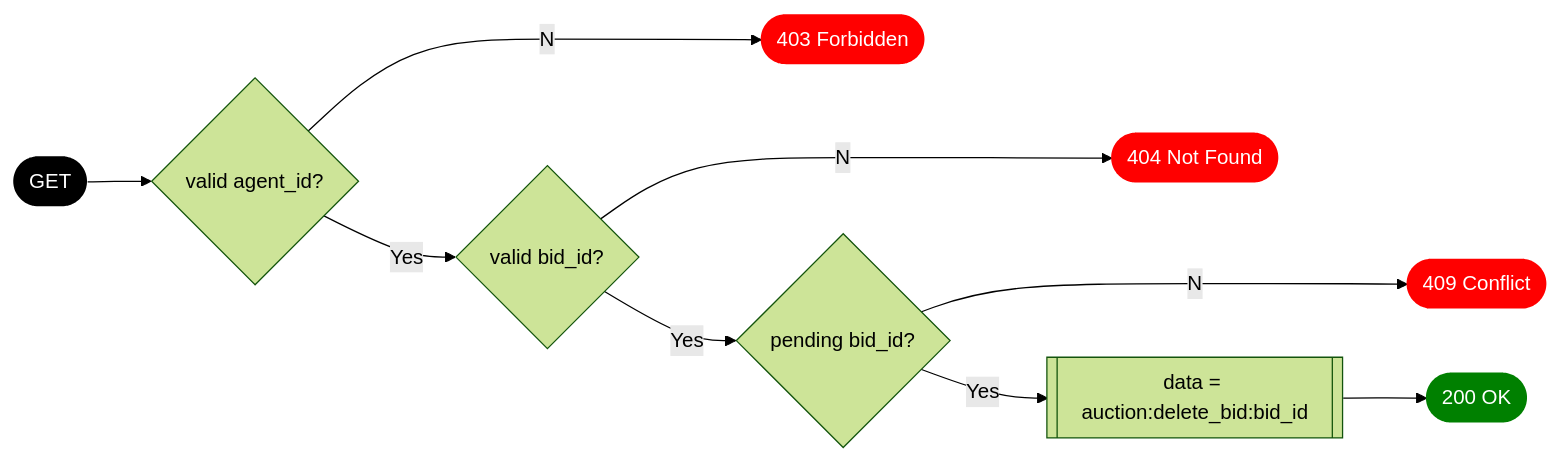
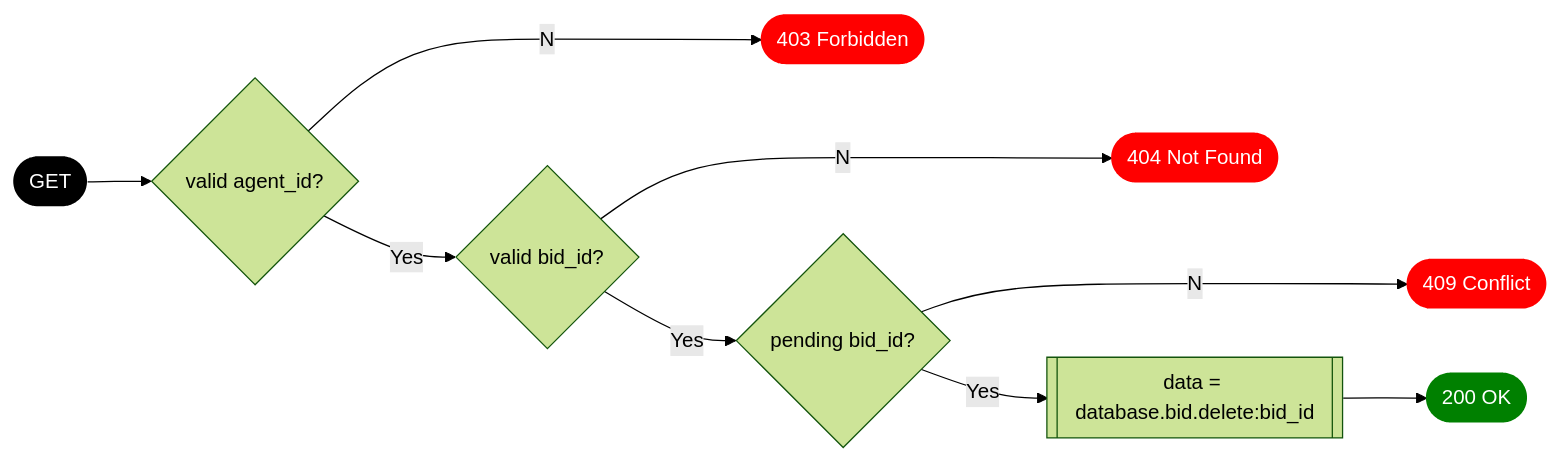
Before and after one commit to aivanova5/design: the fifth of 7 diagrams in docs/auction.md, drawn with Mermaid (forest theme). The commit also changed other lines of this file, not shown here.

````diff
--- a/docs/auction.md
+++ b/docs/auction.md
@@ -365,15 +367,15 @@
 ```mermaid
 graph LR
   classDef start stroke-width:0px,fill:black,color:white
   classDef success fill:green,stroke-width:0px,color:white
   classDef error fill:red,stroke-width:0px,color:white
   
   enter([GET]):::start --> agent_ok{valid agent_id?}
   agent_ok --No--> code403([403 Forbidden]):::error
   agent_ok --Yes--> bid_exists{valid bid_id?}
   bid_exists --No--> code404([404 Not Found]):::error
   bid_exists --Yes--> bid_pending{pending bid_id?}
   bid_pending --No--> code409([409 Conflict]):::error
-  bid_pending --Yes--> get_data[[data = auction:delete_bid:bid_id]]
+  bid_pending --Yes--> get_data[[data = database.bid.delete:bid_id]]
   get_data --> code200([200 OK]):::success
 ```
````
